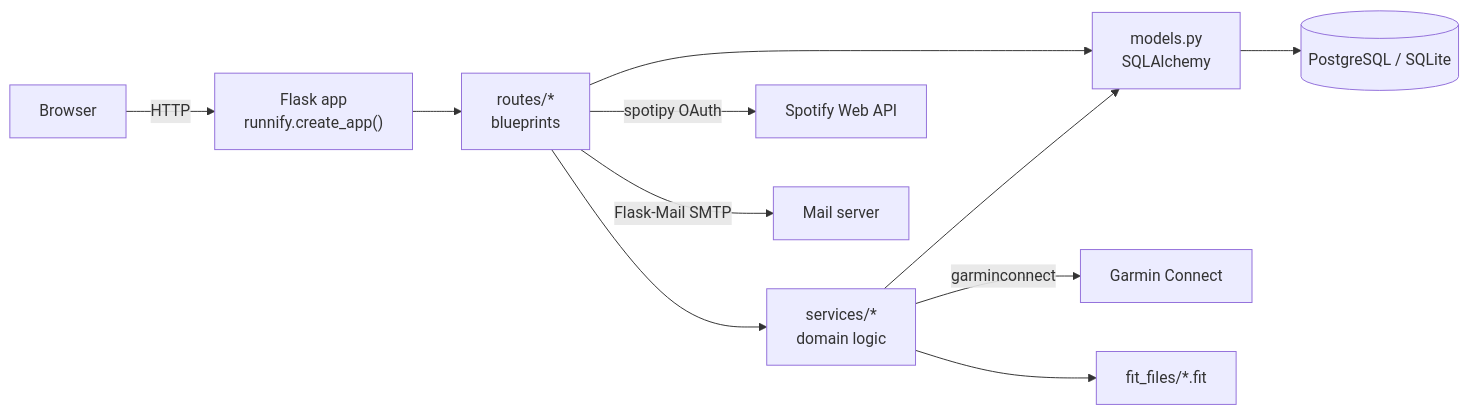
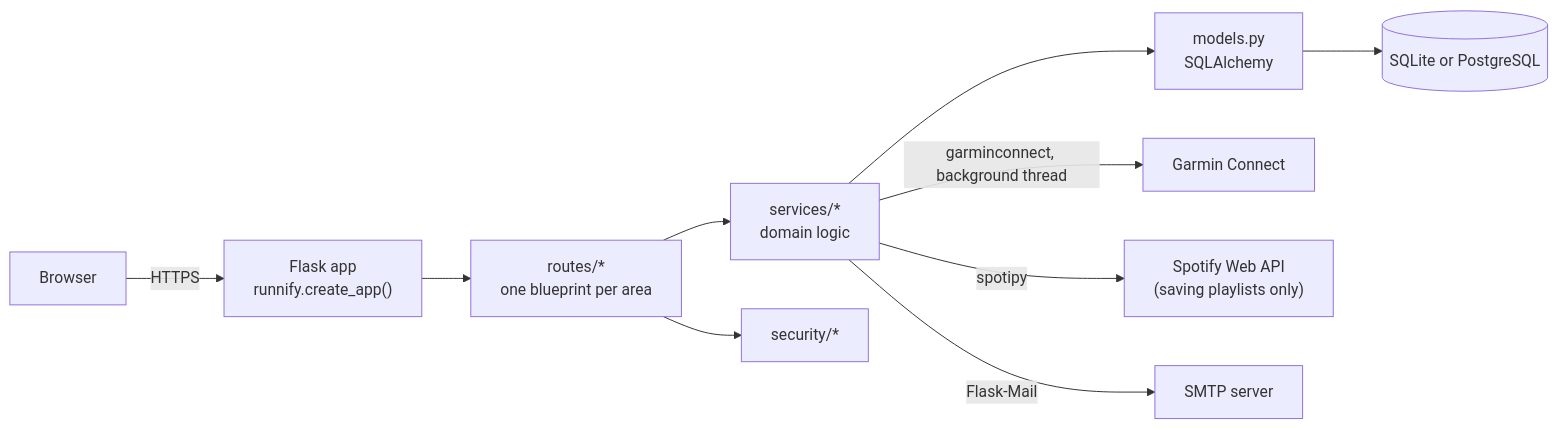
One commit to ColmAli-7/Runnify changed the first of 2 diagrams in docs/architecture.md. Above: the diagram before and after it, drawn with Mermaid. The commit also changed other lines of this file and 7 other files, not shown here.

````diff
--- a/docs/architecture.md
+++ b/docs/architecture.md
@@ -8,13 +10,12 @@
 ```mermaid
 flowchart LR
-    Browser -->|HTTP| Flask["Flask app<br/>runnify.create_app()"]
-    Flask --> Routes["routes/*<br/>blueprints"]
-    Routes --> Functions["services/*<br/>domain logic"]
-    Routes --> Models["models.py<br/>SQLAlchemy"]
-    Functions --> Models
-    Models --> DB[("PostgreSQL / SQLite")]
-    Functions -->|garminconnect| Garmin["Garmin Connect"]
-    Functions --> FIT["fit_files/*.fit"]
-    Routes -->|spotipy OAuth| Spotify["Spotify Web API"]
-    Routes -->|Flask-Mail SMTP| Mail["Mail server"]
+    Browser -->|HTTPS| Flask["Flask app<br/>runnify.create_app()"]
+    Flask --> Routes["routes/*<br/>one blueprint per area"]
+    Routes --> Services["services/*<br/>domain logic"]
+    Routes --> Security["security/*"]
+    Services --> Models["models.py<br/>SQLAlchemy"]
+    Models --> DB[("SQLite or PostgreSQL")]
+    Services -->|garminconnect, background thread| Garmin["Garmin Connect"]
+    Services -->|spotipy| Spotify["Spotify Web API<br/>(saving playlists only)"]
+    Services -->|Flask-Mail| Mail["SMTP server"]
 ```
````
